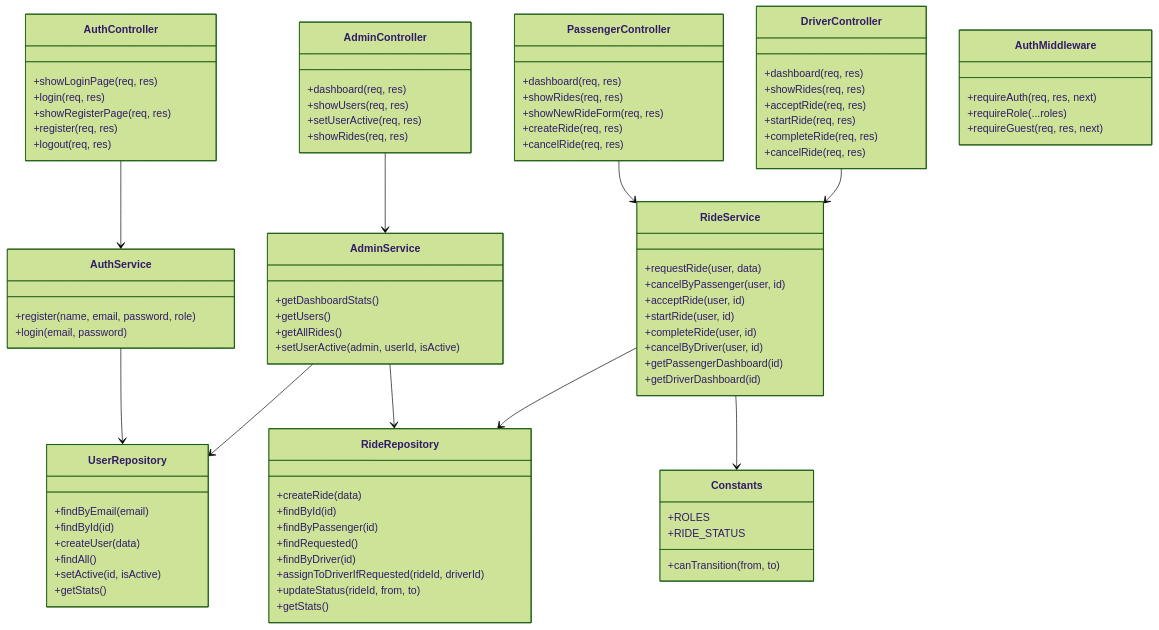
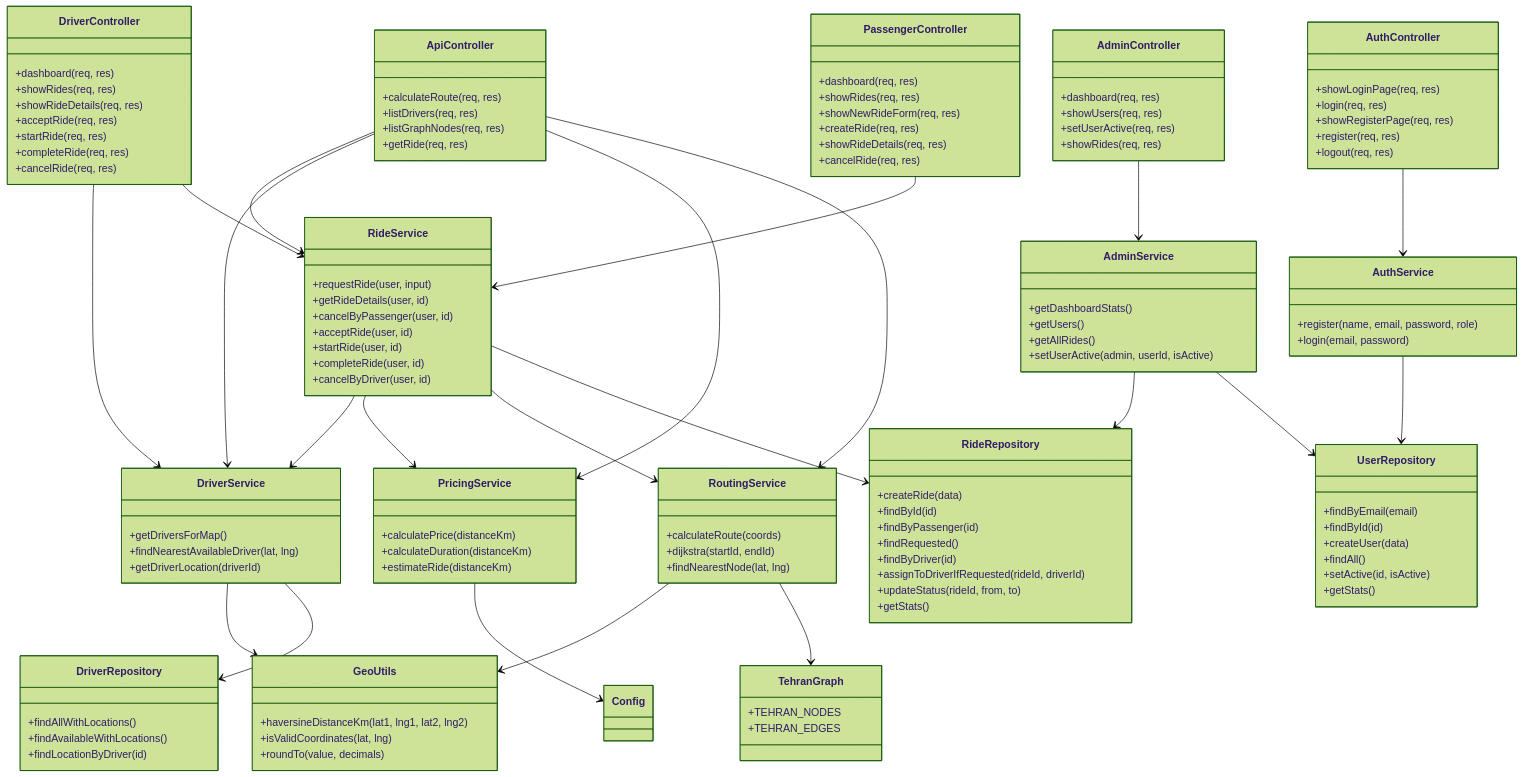
One commit to FarbodTavakolizade/TaxiGo changed the second of 6 diagrams in docs/architecture.md. Above: the diagram before and after it, drawn with Mermaid (forest theme). The commit also changed other lines of this file and 10 other files, not shown here.

Commit message:
Update documentation for map, routing and pricing features

````diff
--- a/docs/architecture.md
+++ b/docs/architecture.md
@@ -51,11 +59,13 @@
         +showRides(req, res)
         +showNewRideForm(req, res)
         +createRide(req, res)
+        +showRideDetails(req, res)
         +cancelRide(req, res)
     }
     class DriverController {
         +dashboard(req, res)
         +showRides(req, res)
+        +showRideDetails(req, res)
         +acceptRide(req, res)
         +startRide(req, res)
         +completeRide(req, res)
@@ -67,19 +77,39 @@
         +setUserActive(req, res)
         +showRides(req, res)
     }
+    class ApiController {
+        +calculateRoute(req, res)
+        +listDrivers(req, res)
+        +listGraphNodes(req, res)
+        +getRide(req, res)
+    }
     class AuthService {
         +register(name, email, password, role)
         +login(email, password)
     }
     class RideService {
-        +requestRide(user, data)
+        +requestRide(user, input)
+        +getRideDetails(user, id)
         +cancelByPassenger(user, id)
         +acceptRide(user, id)
         +startRide(user, id)
         +completeRide(user, id)
         +cancelByDriver(user, id)
-        +getPassengerDashboard(id)
-        +getDriverDashboard(id)
+    }
+    class RoutingService {
+        +calculateRoute(coords)
+        +dijkstra(startId, endId)
+        +findNearestNode(lat, lng)
+    }
+    class PricingService {
+        +calculatePrice(distanceKm)
+        +calculateDuration(distanceKm)
+        +estimateRide(distanceKm)
+    }
+    class DriverService {
+        +getDriversForMap()
+        +findNearestAvailableDriver(lat, lng)
+        +getDriverLocation(driverId)
     }
     class AdminService {
         +getDashboardStats()
@@ -105,24 +135,40 @@
         +updateStatus(rideId, from, to)
         +getStats()
     }
-    class Constants {
-        +ROLES
-        +RIDE_STATUS
-        +canTransition(from, to)
+    class DriverRepository {
+        +findAllWithLocations()
+        +findAvailableWithLocations()
+        +findLocationByDriver(id)
     }
-    class AuthMiddleware {
-        +requireAuth(req, res, next)
-        +requireRole(...roles)
-        +requireGuest(req, res, next)
+    class TehranGraph {
+        +TEHRAN_NODES
+        +TEHRAN_EDGES
+    }
+    class GeoUtils {
+        +haversineDistanceKm(lat1, lng1, lat2, lng2)
+        +isValidCoordinates(lat, lng)
+        +roundTo(value, decimals)
     }
 
     AuthController --> AuthService
     PassengerController --> RideService
     DriverController --> RideService
+    DriverController --> DriverService
     AdminController --> AdminService
+    ApiController --> RoutingService
+    ApiController --> PricingService
+    ApiController --> DriverService
+    ApiController --> RideService
     AuthService --> UserRepository
     RideService --> RideRepository
-    RideService --> Constants
+    RideService --> RoutingService
+    RideService --> PricingService
+    RideService --> DriverService
+    RoutingService --> TehranGraph
+    RoutingService --> GeoUtils
+    DriverService --> DriverRepository
+    DriverService --> GeoUtils
+    PricingService --> Config
     AdminService --> UserRepository
     AdminService --> RideRepository
 ```
````
